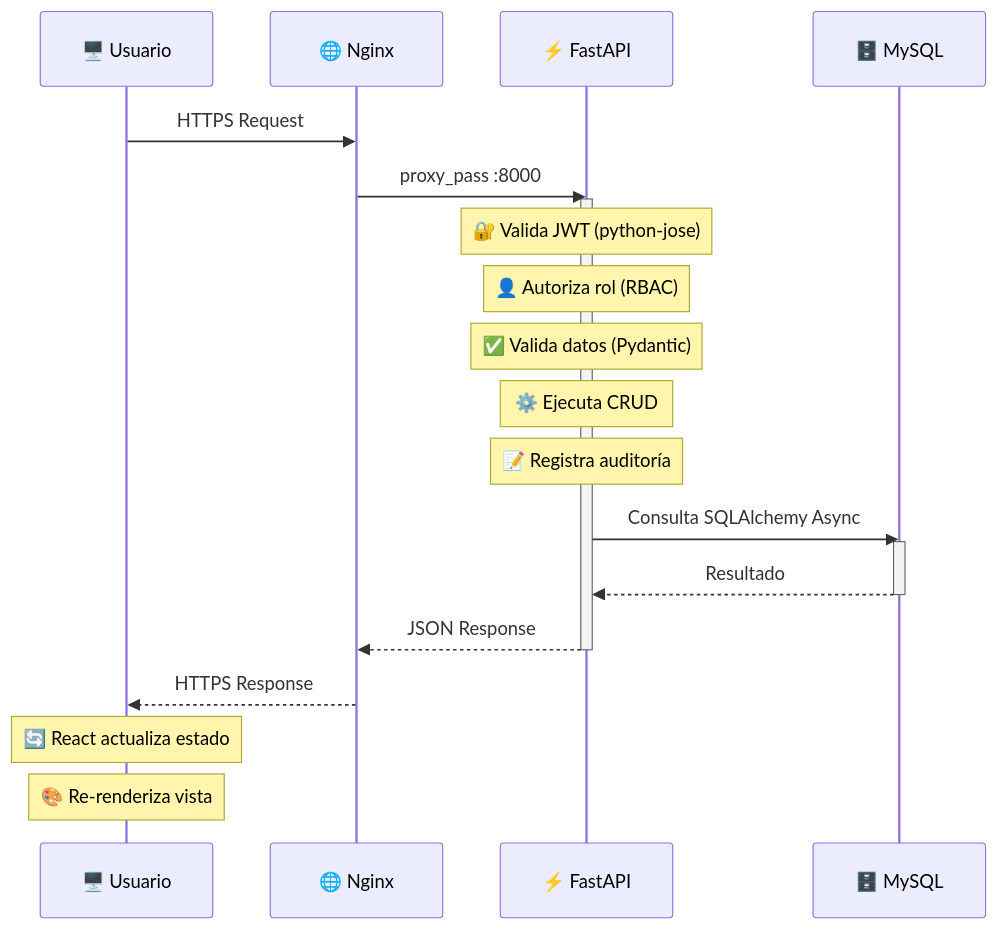
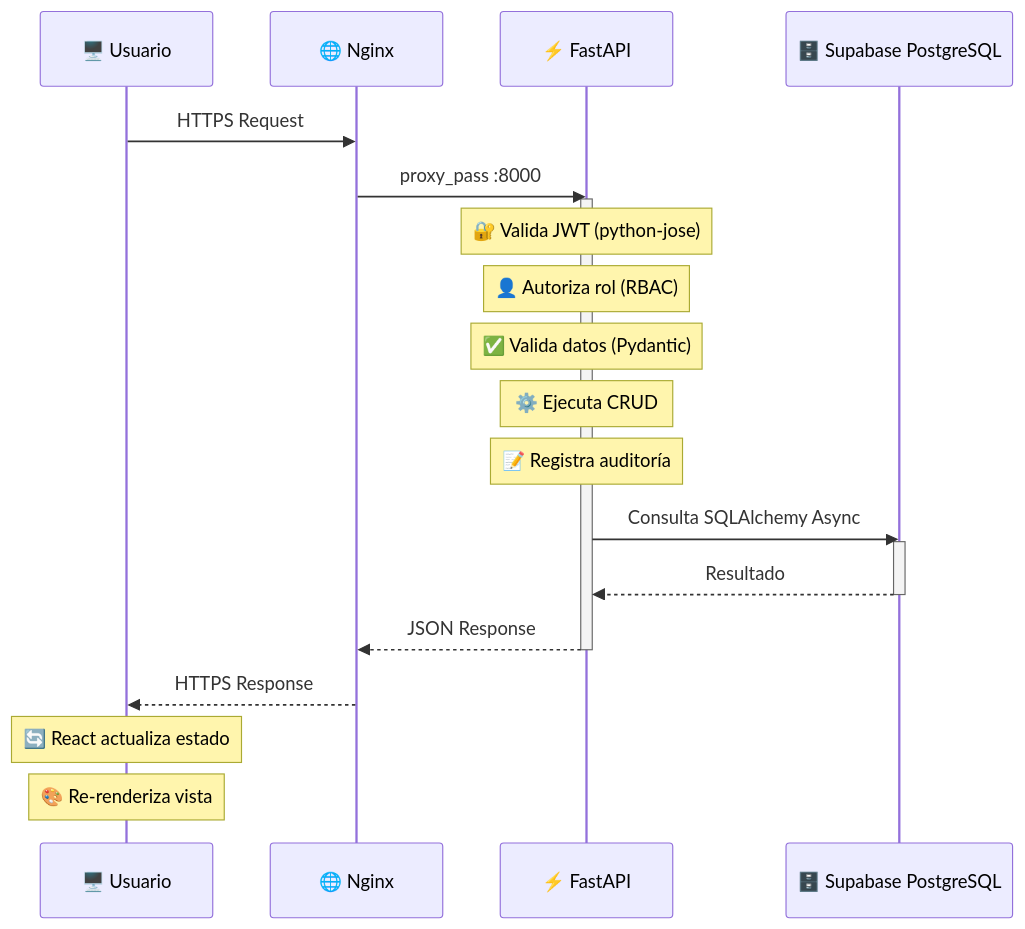
The third of 4 diagrams in ENTREGABLES_SIGAI_SES/01_DOCUMENTACION_TECNICA/ARQUITECTURA/01_ARQUITECTURA_SISTEMA.md (mrwil82/SIGAI-SES), drawn with Mermaid before and after one commit. The commit also changed other lines of this file and 16 other files, not shown here.

Commit message:
docs: update all ENTREGABLES for v1.0.0 production — Render/Supabase stack, themes, avatars, PWA, CI, new MMD diagrams

````diff
--- a/ENTREGABLES_SIGAI_SES/01_DOCUMENTACION_TECNICA/ARQUITECTURA/01_ARQUITECTURA_SISTEMA.md
+++ b/ENTREGABLES_SIGAI_SES/01_DOCUMENTACION_TECNICA/ARQUITECTURA/01_ARQUITECTURA_SISTEMA.md
@@ -176,29 +176,29 @@
 ```mermaid
 sequenceDiagram
     participant U as 🖥️ Usuario
     participant N as 🌐 Nginx
     participant F as ⚡ FastAPI
-    participant M as 🗄️ MySQL
+    participant M as 🗄️ Supabase PostgreSQL
 
     U->>N: HTTPS Request
     N->>F: proxy_pass :8000
     activate F
     
     Note over F: 🔐 Valida JWT (python-jose)
     Note over F: 👤 Autoriza rol (RBAC)
     Note over F: ✅ Valida datos (Pydantic)
     Note over F: ⚙️ Ejecuta CRUD
     Note over F: 📝 Registra auditoría
     
     F->>M: Consulta SQLAlchemy Async
     activate M
     M-->>F: Resultado
     deactivate M
     
     F-->>N: JSON Response
     deactivate F
     N-->>U: HTTPS Response
     
     Note over U: 🔄 React actualiza estado
     Note over U: 🎨 Re-renderiza vista
 ```
````
